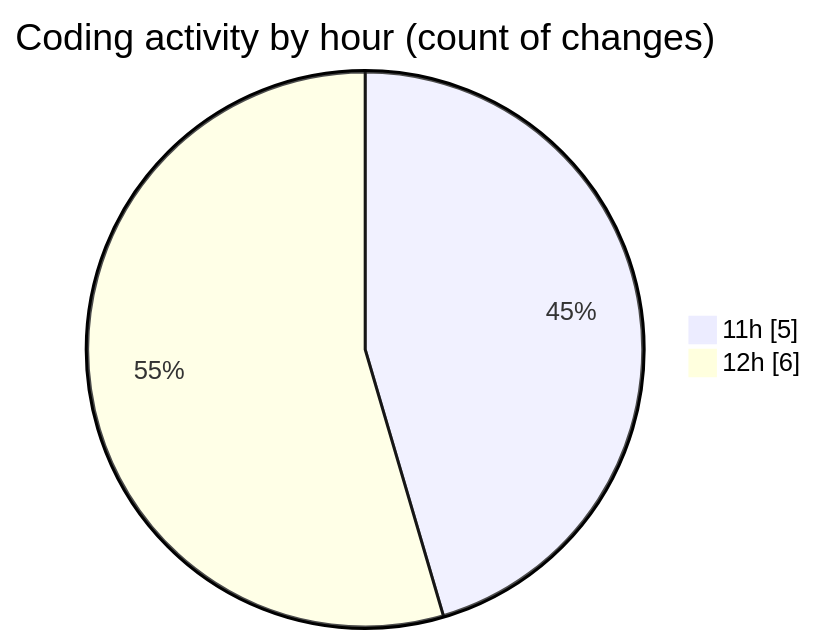
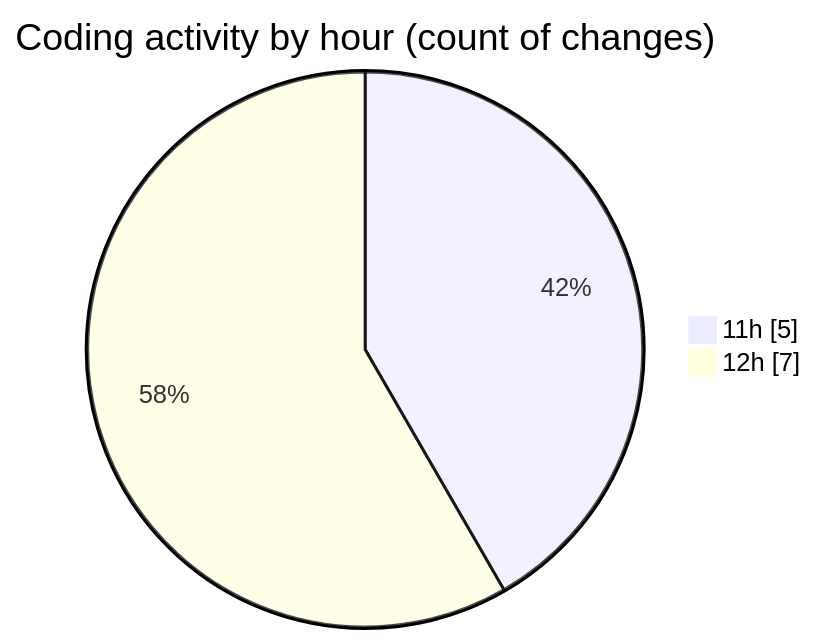
One commit to julien-gomy/code-tracking changed the second of 2 diagrams in 2025-11-27/eventscop-api-guide__workspace_/README.md. Above: the diagram before and after it, drawn with Mermaid. The commit also changed other lines of this file and 1 other file, not shown here.

````diff
--- a/2025-11-27/eventscop-api-guide__workspace_/README.md
+++ b/2025-11-27/eventscop-api-guide__workspace_/README.md
@@ -28,6 +29,6 @@
 ```mermaid
 pie showData
 title Coding activity by hour (count of changes)
 "11h" : 5
-"12h" : 6
+"12h" : 7
 ```
````
